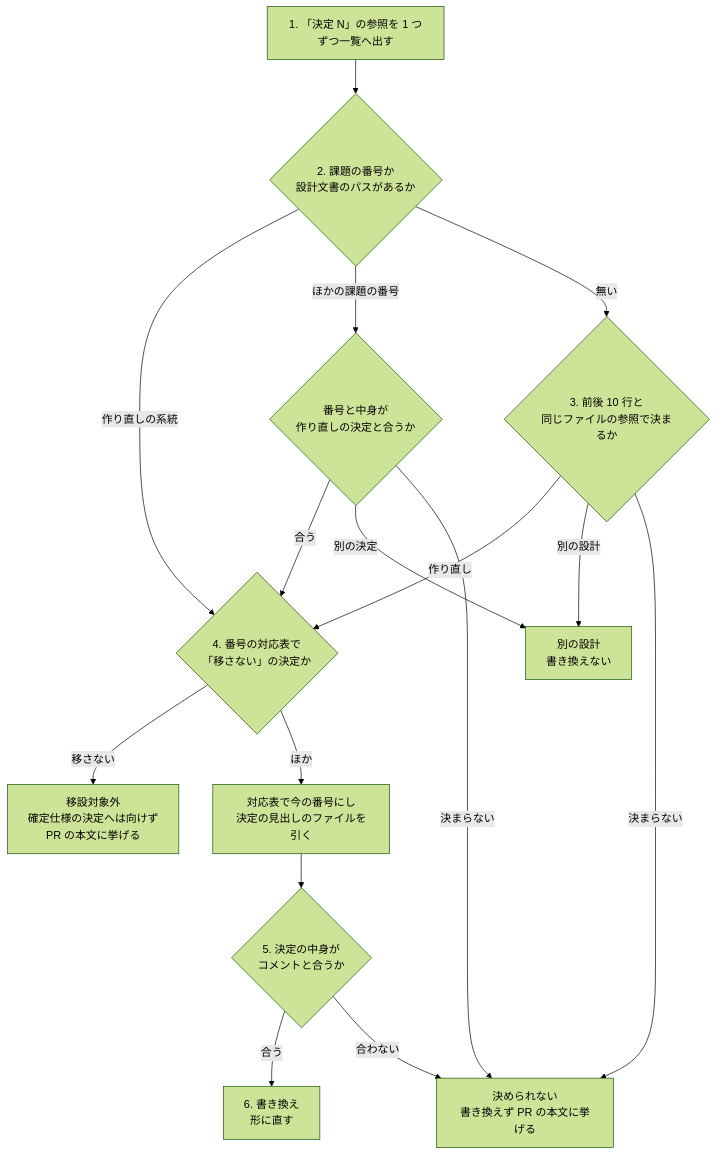
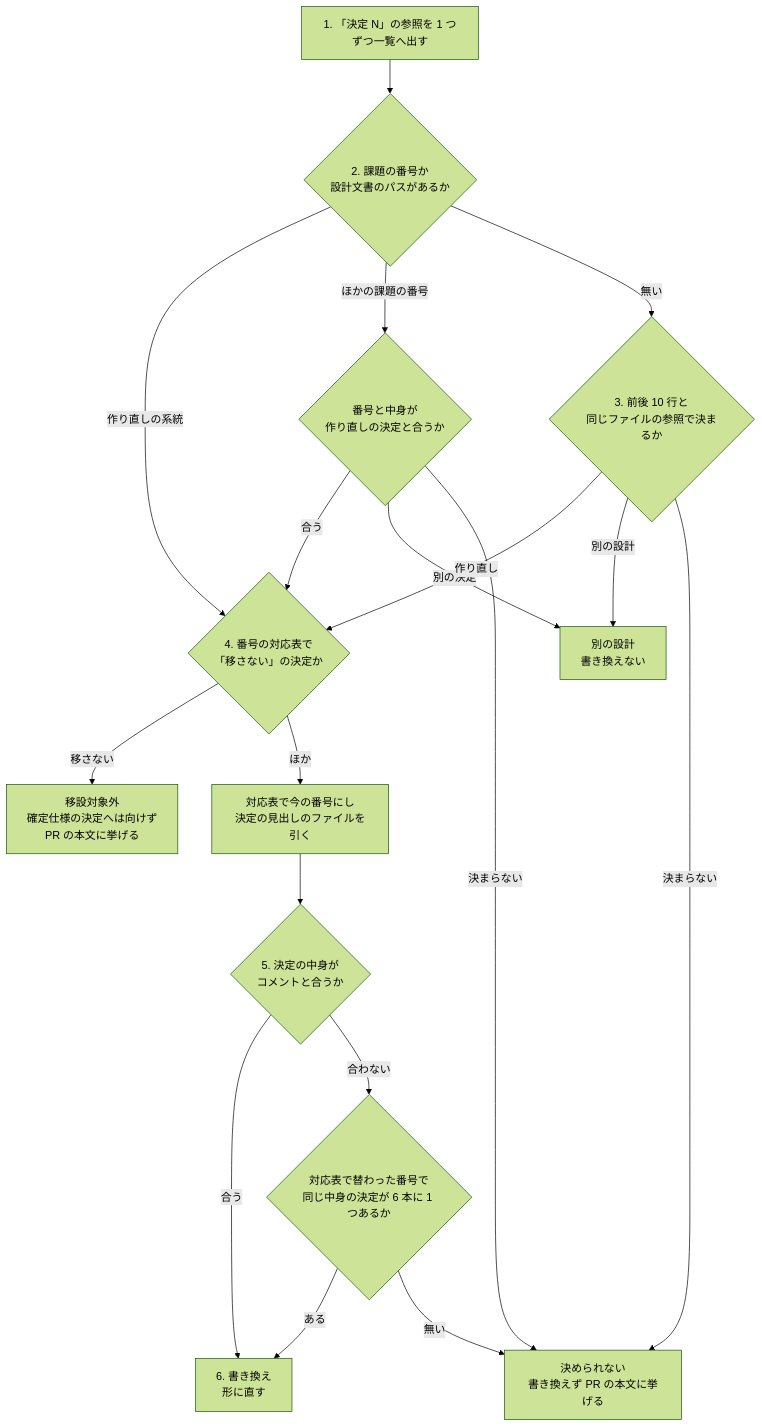
Before and after one commit to devbasex/ai-plugins: the third of 3 diagrams in issues/issue-3960-design.md, drawn with Mermaid (forest theme). The commit also changed other lines of this file and 1 other file, not shown here.

````diff
--- a/issues/issue-3960-design.md
+++ b/issues/issue-3960-design.md
@@ -99,18 +100,20 @@
 ```mermaid
 flowchart TD
   A["1. 「決定 N」の参照を 1 つずつ一覧へ出す"] --> B{"2. 課題の番号か<br/>設計文書のパスがあるか"}
   B -->|作り直しの系統| K{"4. 番号の対応表で<br/>「移さない」の決定か"}
   B -->|ほかの課題の番号| O{"番号と中身が<br/>作り直しの決定と合うか"}
   B -->|無い| C{"3. 前後 10 行と<br/>同じファイルの参照で決まるか"}
   O -->|合う| K
   O -->|別の決定| E["別の設計<br/>書き換えない"]
   O -->|決まらない| F["決められない<br/>書き換えず PR の本文に挙げる"]
   C -->|作り直し| K
   C -->|別の設計| E
   C -->|決まらない| F
   K -->|移さない| M["移設対象外<br/>確定仕様の決定へは向けず<br/>PR の本文に挙げる"]
   K -->|ほか| D["対応表で今の番号にし<br/>決定の見出しのファイルを引く"]
   D --> G{"5. 決定の中身が<br/>コメントと合うか"}
   G -->|合う| H["6. 書き換え<br/>形に直す"]
-  G -->|合わない| F
+  G -->|合わない| S{"対応表で替わった番号で<br/>同じ中身の決定が 6 本に 1 つあるか"}
+  S -->|ある| H
+  S -->|無い| F
 ```
````
